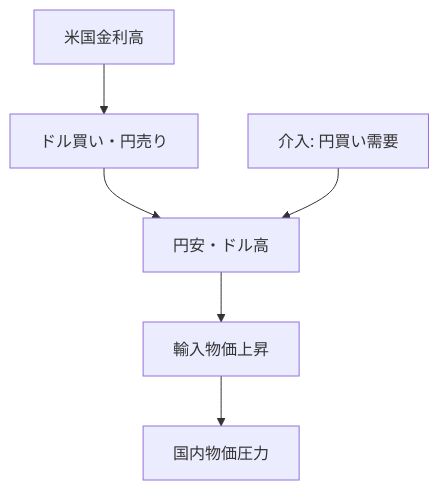
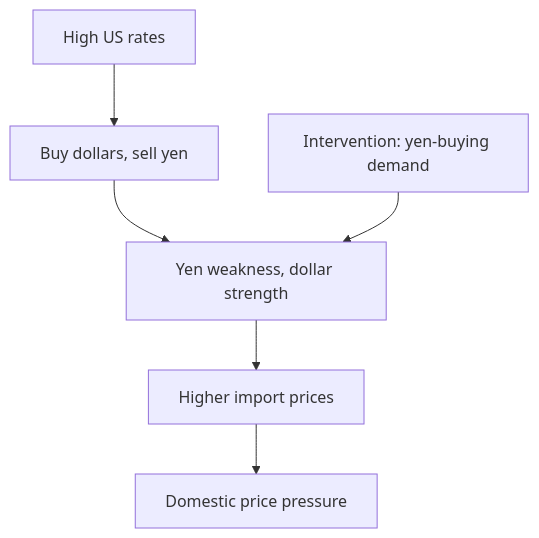
Before and after one commit to daylight55/research: the fourth of 5 diagrams in content/blog/en/interest-rate-policy-primer.mdx, drawn with Mermaid. The commit also changed other lines of this file and 26 other files, not shown here.

Commit message:
Translate English Mermaid labels

````diff
--- a/content/blog/en/interest-rate-policy-primer.mdx
+++ b/content/blog/en/interest-rate-policy-primer.mdx
@@ -114,9 +114,9 @@
 ```mermaid
 flowchart TB
-  A["米国金利高"] --> B["ドル買い・円売り"]
-  B --> C["円安・ドル高"]
-  C --> D["輸入物価上昇"]
-  D --> E["国内物価圧力"]
+  A["High US rates"] --> B["Buy dollars, sell yen"]
+  B --> C["Yen weakness, dollar strength"]
+  C --> D["Higher import prices"]
+  D --> E["Domestic price pressure"]
 
-  F["介入: 円買い需要"] --> C
+  F["Intervention: yen-buying demand"] --> C
 ```
````
